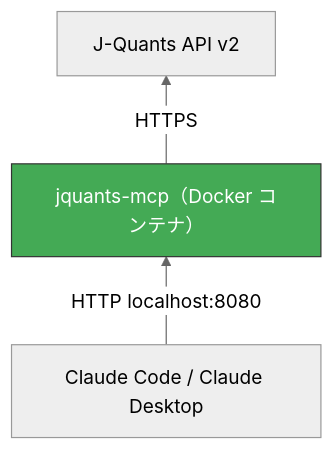
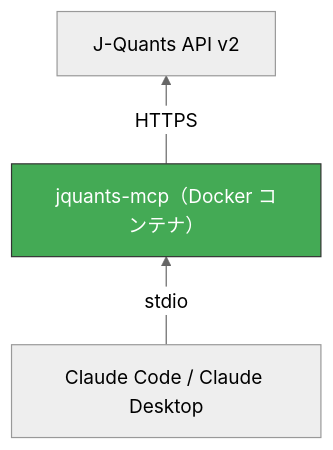
One commit to shigechika/jquants-mcp changed the third of 5 diagrams in docs/deploy/README.ja.md. Above: the diagram before and after it, drawn with Mermaid (neutral theme). The commit also changed other lines of this file and 14 other files, not shown here.

````diff
--- a/docs/deploy/README.ja.md
+++ b/docs/deploy/README.ja.md
@@ -58,11 +62,11 @@
 ```mermaid
 graph BT
     C["J-Quants API v2"]
     B["jquants-mcp（Docker コンテナ）"]
     A["Claude Code / Claude Desktop"]
 
-    A -->|"HTTP localhost:8080"| B
+    A -->|stdio| B
     B -->|HTTPS| C
 
     style B fill:#4a5,stroke:#333,color:#fff
 ```
````
